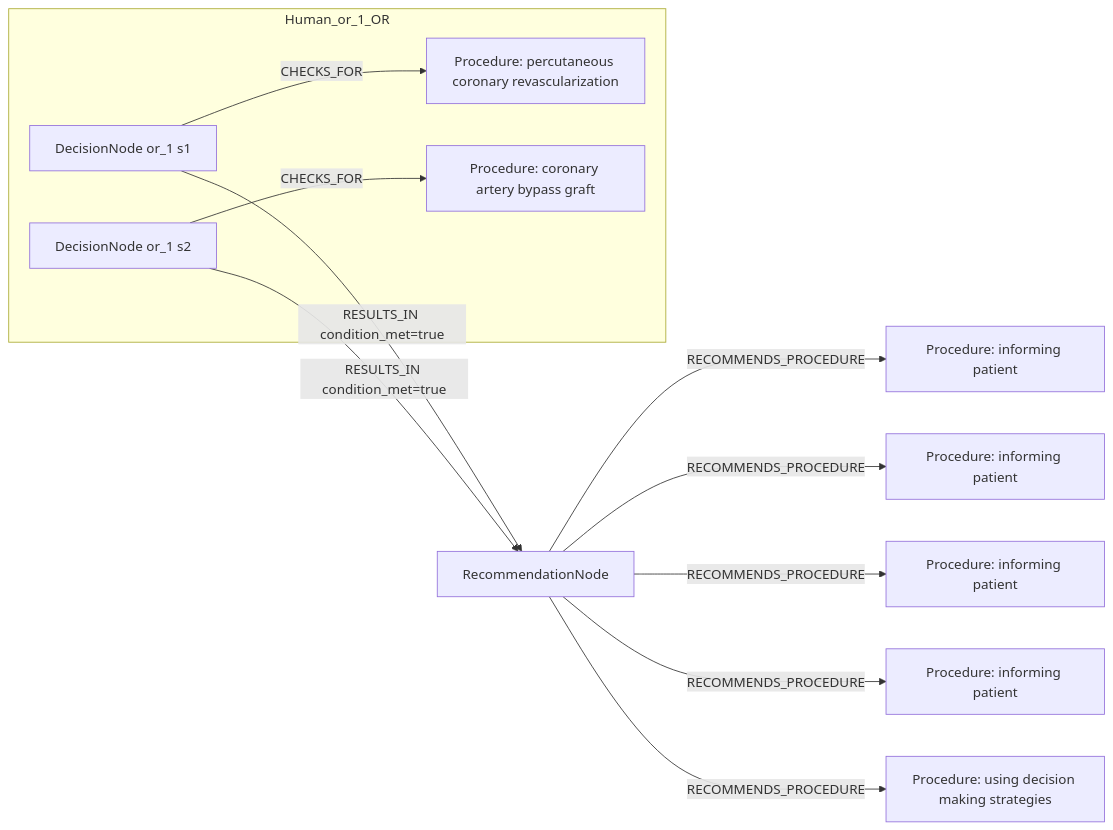
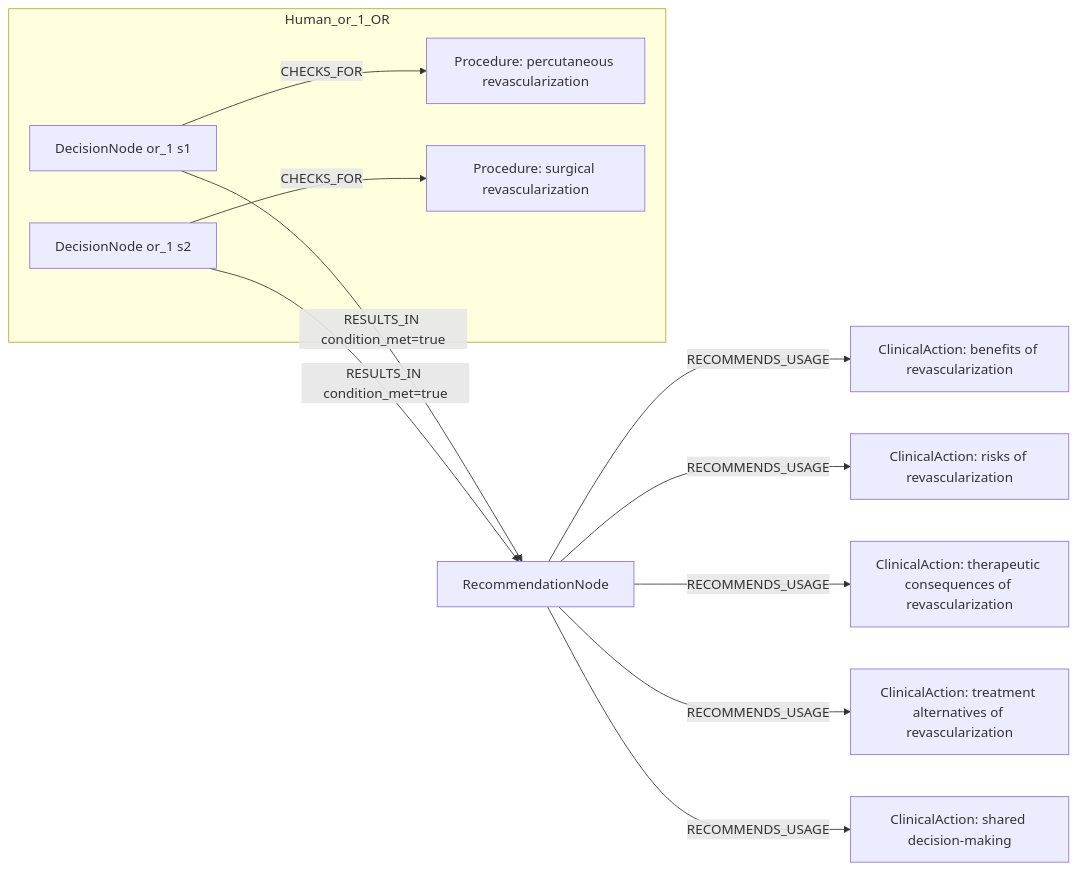
The first of 2 diagrams in docs/table22_rows_comparison/row_01.md (dieterich-lab/CardioGuidelinesGraph), drawn with Mermaid before and after one commit. The commit also changed other lines of this file and 20 other files, not shown here.

````diff
--- a/docs/table22_rows_comparison/row_01.md
+++ b/docs/table22_rows_comparison/row_01.md
@@ -261,24 +248,24 @@
 ```mermaid
 graph LR
   REC[RecommendationNode]
-  ACT1[Procedure: informing patient]
-  REC -->|RECOMMENDS_PROCEDURE| ACT1
-  ACT2[Procedure: informing patient]
-  REC -->|RECOMMENDS_PROCEDURE| ACT2
-  ACT3[Procedure: informing patient]
-  REC -->|RECOMMENDS_PROCEDURE| ACT3
-  ACT4[Procedure: informing patient]
-  REC -->|RECOMMENDS_PROCEDURE| ACT4
-  ACT5[Procedure: using decision making strategies]
-  REC -->|RECOMMENDS_PROCEDURE| ACT5
+  ACT1[ClinicalAction: benefits of revascularization]
+  REC -->|RECOMMENDS_USAGE| ACT1
+  ACT2[ClinicalAction: risks of revascularization]
+  REC -->|RECOMMENDS_USAGE| ACT2
+  ACT3[ClinicalAction: therapeutic consequences of revascularization]
+  REC -->|RECOMMENDS_USAGE| ACT3
+  ACT4[ClinicalAction: treatment alternatives of revascularization]
+  REC -->|RECOMMENDS_USAGE| ACT4
+  ACT5[ClinicalAction: shared decision-making]
+  REC -->|RECOMMENDS_USAGE| ACT5
   subgraph Human_or_1_OR
     D_or_1_1[DecisionNode or_1 s1]
-    C_or_1_1[Procedure: percutaneous coronary revascularization]
+    C_or_1_1[Procedure: percutaneous revascularization]
     D_or_1_1 -->|CHECKS_FOR| C_or_1_1
     D_or_1_2[DecisionNode or_1 s2]
-    C_or_1_2[Procedure: coronary artery bypass graft]
+    C_or_1_2[Procedure: surgical revascularization]
     D_or_1_2 -->|CHECKS_FOR| C_or_1_2
   end
   D_or_1_1 -->|RESULTS_IN condition_met=true| REC
   D_or_1_2 -->|RESULTS_IN condition_met=true| REC
 ```
````
